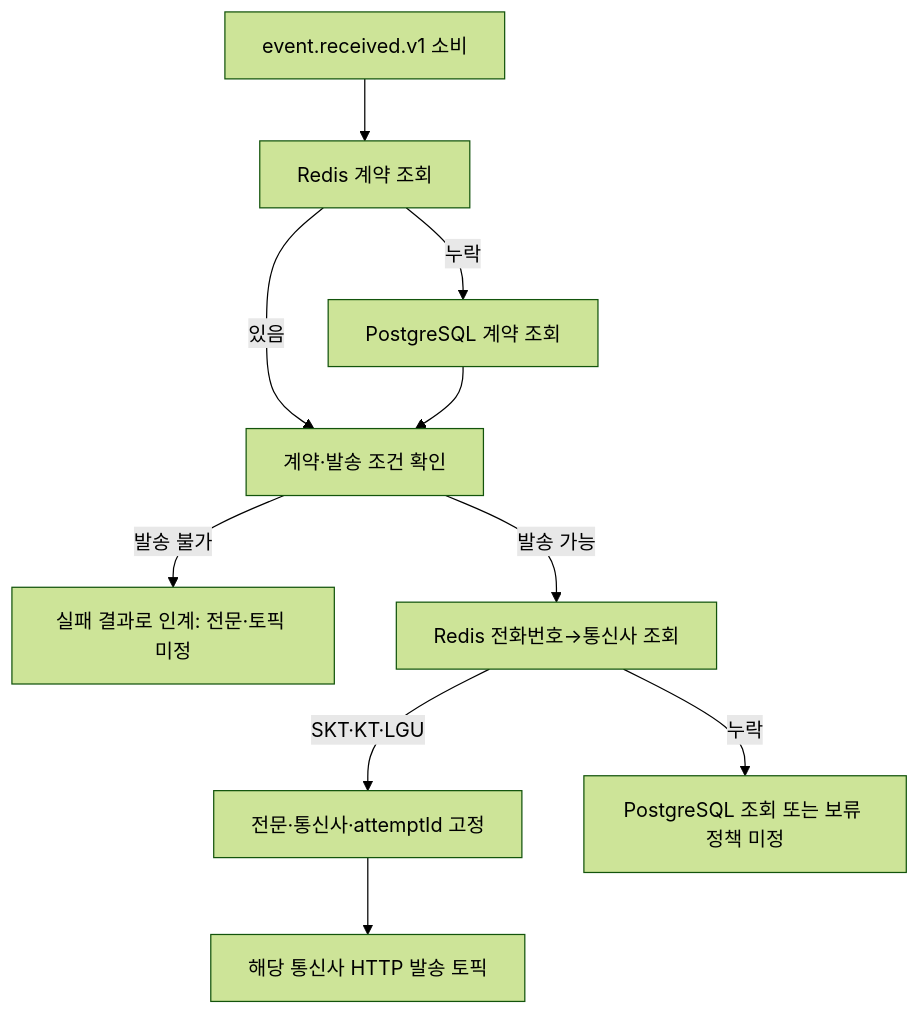
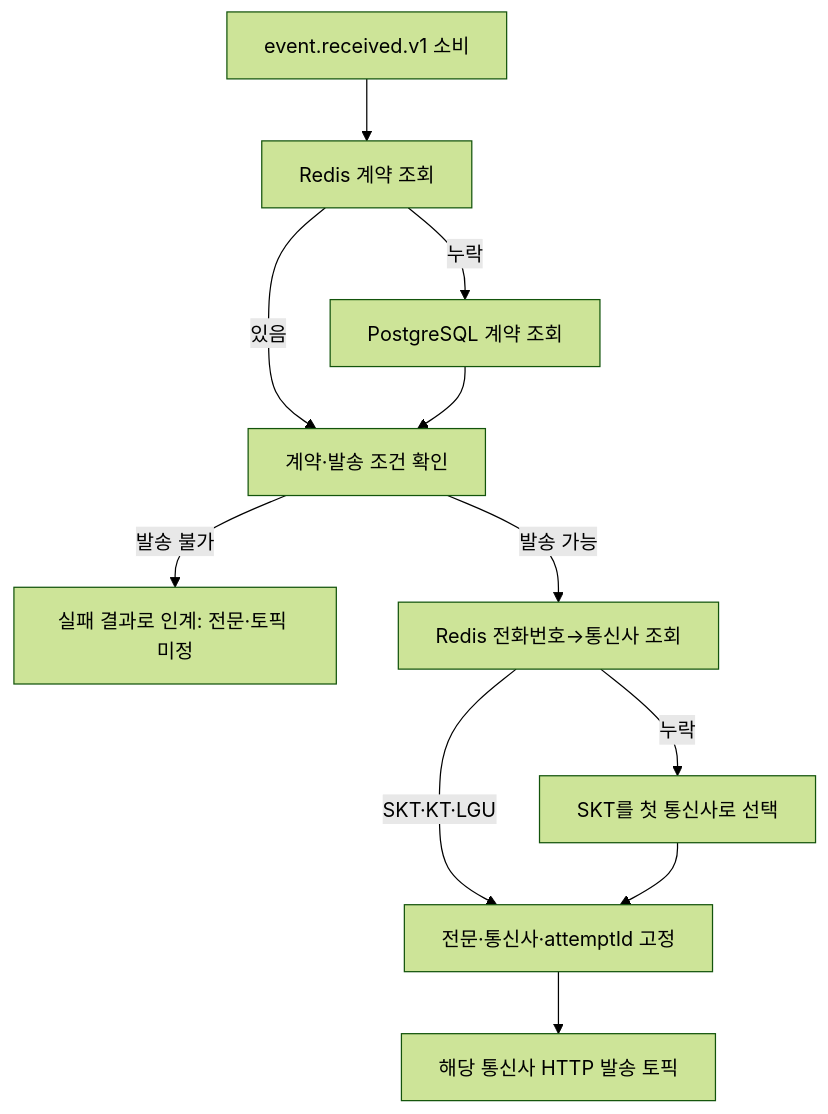
The fourth of 10 diagrams in docs/53-신규-이벤트-케이스별-Call-Flow.md (hyun-seung/High-throughput-event-platform), drawn with Mermaid (forest theme) before and after one commit. The commit also changed other lines of this file and 2 other files, not shown here.

````diff
--- a/docs/53-신규-이벤트-케이스별-Call-Flow.md
+++ b/docs/53-신규-이벤트-케이스별-Call-Flow.md
@@ -126,12 +127,13 @@
 ```mermaid
 flowchart TD
     E[event.received.v1 소비] --> C[Redis 계약 조회]
     C -->|누락| P[PostgreSQL 계약 조회]
     C -->|있음| V[계약·발송 조건 확인]
     P --> V
     V -->|발송 불가| F[실패 결과로 인계: 전문·토픽 미정]
     V -->|발송 가능| N[Redis 전화번호→통신사 조회]
     N -->|SKT·KT·LGU| B[전문·통신사·attemptId 고정]
     B --> T[해당 통신사 HTTP 발송 토픽]
-    N -->|누락| U[PostgreSQL 조회 또는 보류 정책 미정]
+    N -->|누락| S[SKT를 첫 통신사로 선택]
+    S --> B
 ```
````
